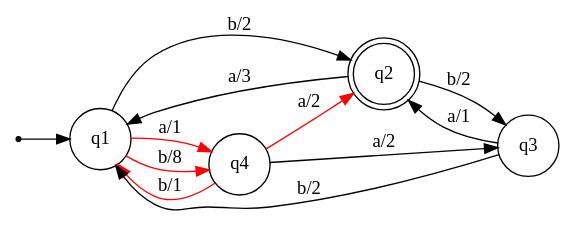
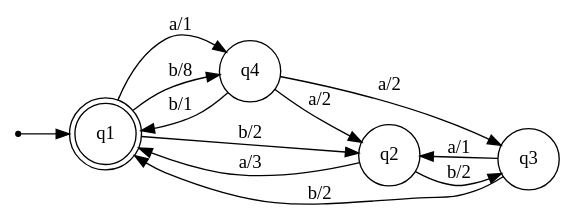
The diagram in input.dot (zenAndroid/oracle-extract), drawn with Graphviz before and after one commit. The commit also changed 1 other file, not shown here.

```diff
--- a/input.dot
+++ b/input.dot
@@ -1,17 +1,17 @@
 digraph Automaton {
     node [shape=point] INIT;
-    q2 [shape="doublecircle"];
+    q1 [shape="doublecircle"];
     node [shape=circle];
     rankdir = LR;
     INIT -> q1;
     q1 -> q2 [label="b/2"];
-    q1 -> q4 [label="a/1", color=red];
-    q1 -> q4 [label="b/8", color=red];
+    q1 -> q4 [label="a/1"];
+    q1 -> q4 [label="b/8"];
     q2 -> q1 [label="a/3"];
     q2 -> q3 [label="b/2"];
     q3 -> q2 [label="a/1"];
     q3 -> q1 [label="b/2"];
-    q4 -> q1 [label="b/1", color=red];
+    q4 -> q1 [label="b/1"];
     q4 -> q3 [label="a/2"];
-    q4 -> q2 [label="a/2", color=red];
+    q4 -> q2 [label="a/2"];
 }
```
